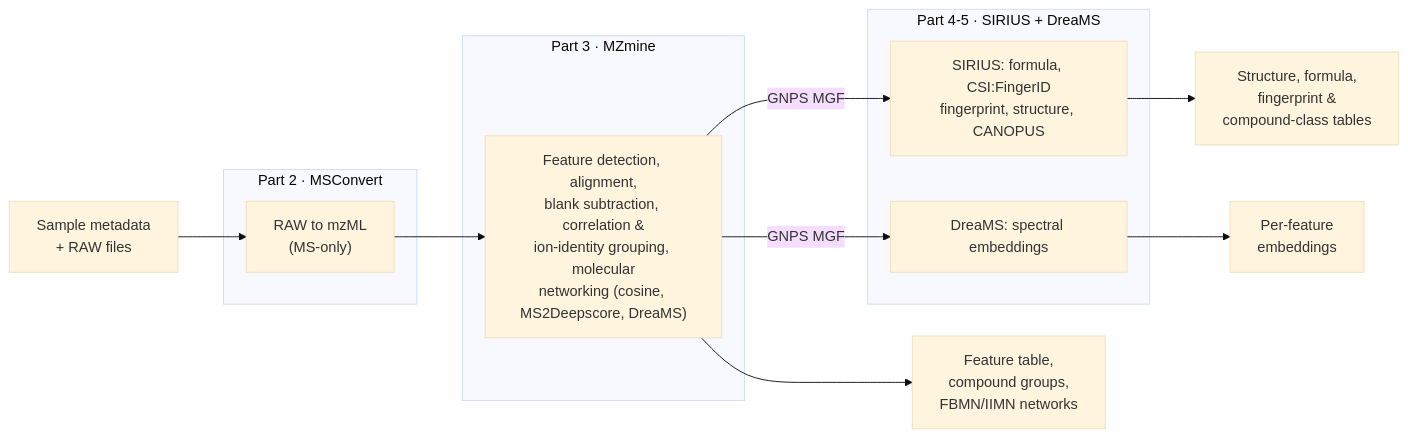
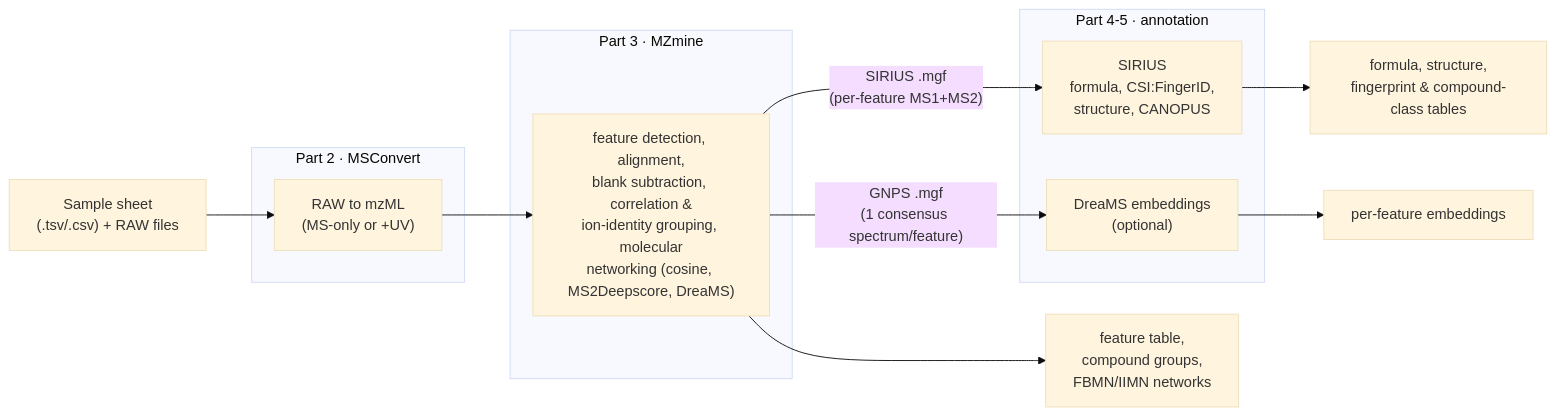
One commit to dale-forrister/UT_Metabolomics_Pipeline changed the diagram in README.md. Above: the diagram before and after it, drawn with Mermaid (base theme). The commit also changed other lines of this file, not shown here.

````diff
--- a/README.md
+++ b/README.md
@@ -17,24 +15,22 @@
 ```mermaid
 flowchart LR
-    M["Sample metadata<br/>+ RAW files"] --> C
+    M["Sample sheet<br/>(.tsv/.csv) + RAW files"] --> C
 
-    subgraph Convert ["Part 2 · MSConvert"]
-        C["RAW to mzML<br/>(MS-only)"]
+    subgraph P2 ["Part 2 · MSConvert"]
+        C["RAW to mzML<br/>(MS-only or +UV)"]
     end
-
-    subgraph Features ["Part 3 · MZmine"]
-        F["Feature detection, alignment,<br/>blank subtraction, correlation &<br/>ion-identity grouping, molecular<br/>networking (cosine, MS2Deepscore, DreaMS)"]
+    subgraph P3 ["Part 3 · MZmine"]
+        F["feature detection, alignment,<br/>blank subtraction, correlation &<br/>ion-identity grouping, molecular<br/>networking (cosine, MS2Deepscore, DreaMS)"]
     end
-
-    subgraph Annotate ["Part 4-5 · SIRIUS + DreaMS"]
-        S["SIRIUS: formula, CSI:FingerID<br/>fingerprint, structure, CANOPUS"]
-        D["DreaMS: spectral embeddings"]
+    subgraph P45 ["Part 4-5 · annotation"]
+        S["SIRIUS<br/>formula, CSI:FingerID,<br/>structure, CANOPUS"]
+        D["DreaMS embeddings<br/>(optional)"]
     end
 
     C --> F
-    F -->|GNPS MGF| S
-    F -->|GNPS MGF| D
-    F --> O1["Feature table,<br/>compound groups,<br/>FBMN/IIMN networks"]
-    S --> O2["Structure, formula,<br/>fingerprint &<br/>compound-class tables"]
-    D --> O3["Per-feature<br/>embeddings"]
+    F -->|"SIRIUS .mgf<br/>(per-feature MS1+MS2)"| S
+    F -->|"GNPS .mgf<br/>(1 consensus spectrum/feature)"| D
+    F --> O1["feature table,<br/>compound groups,<br/>FBMN/IIMN networks"]
+    S --> O2["formula, structure,<br/>fingerprint & compound-class tables"]
+    D --> O3["per-feature embeddings"]
 ```
````
